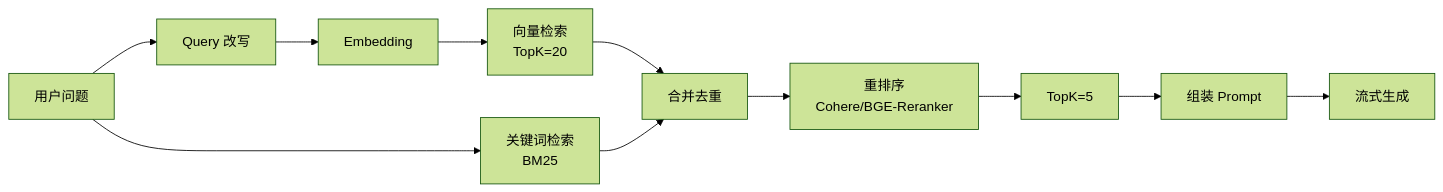
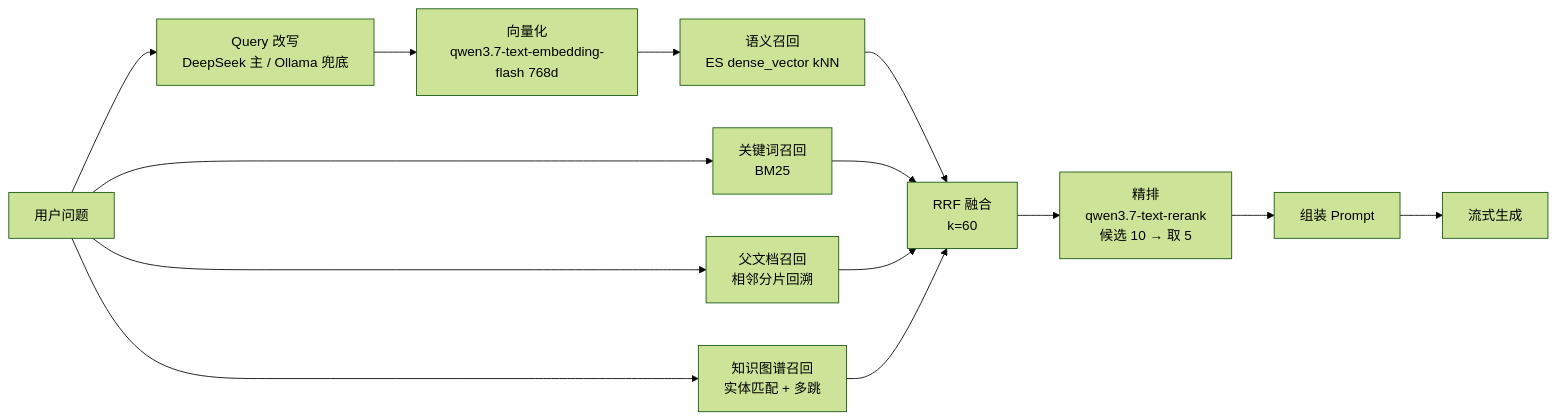
Before and after one commit to jiangjiangbozan/ShangShu-AI: the third of 4 diagrams in docs/platform/architecture.md, drawn with Mermaid (forest theme). The commit also changed other lines of this file and 6 other files, not shown here.

````diff
--- a/docs/platform/architecture.md
+++ b/docs/platform/architecture.md
@@ -528,13 +532,16 @@
 ```mermaid
 flowchart LR
-    Q[用户问题] --> A[Query 改写]
-    A --> B[Embedding]
-    B --> C[向量检索<br/>TopK=20]
-    Q --> D[关键词检索<br/>BM25]
-    C --> E[合并去重]
-    D --> E
-    E --> F[重排序<br/>Cohere/BGE-Reranker]
-    F --> G[TopK=5]
-    G --> H[组装 Prompt]
-    H --> I[流式生成]
+    Q[用户问题] --> A[Query 改写<br/>DeepSeek 主 / Ollama 兜底]
+    A --> B[向量化<br/>qwen3.7-text-embedding-flash 768d]
+    B --> C[语义召回<br/>ES dense_vector kNN]
+    Q --> D[关键词召回<br/>BM25]
+    Q --> E[父文档召回<br/>相邻分片回溯]
+    Q --> F[知识图谱召回<br/>实体匹配 + 多跳]
+    C --> G[RRF 融合<br/>k=60]
+    D --> G
+    E --> G
+    F --> G
+    G --> H[精排<br/>qwen3.7-text-rerank<br/>候选 10 → 取 5]
+    H --> I[组装 Prompt]
+    I --> J[流式生成]
 ```
````
